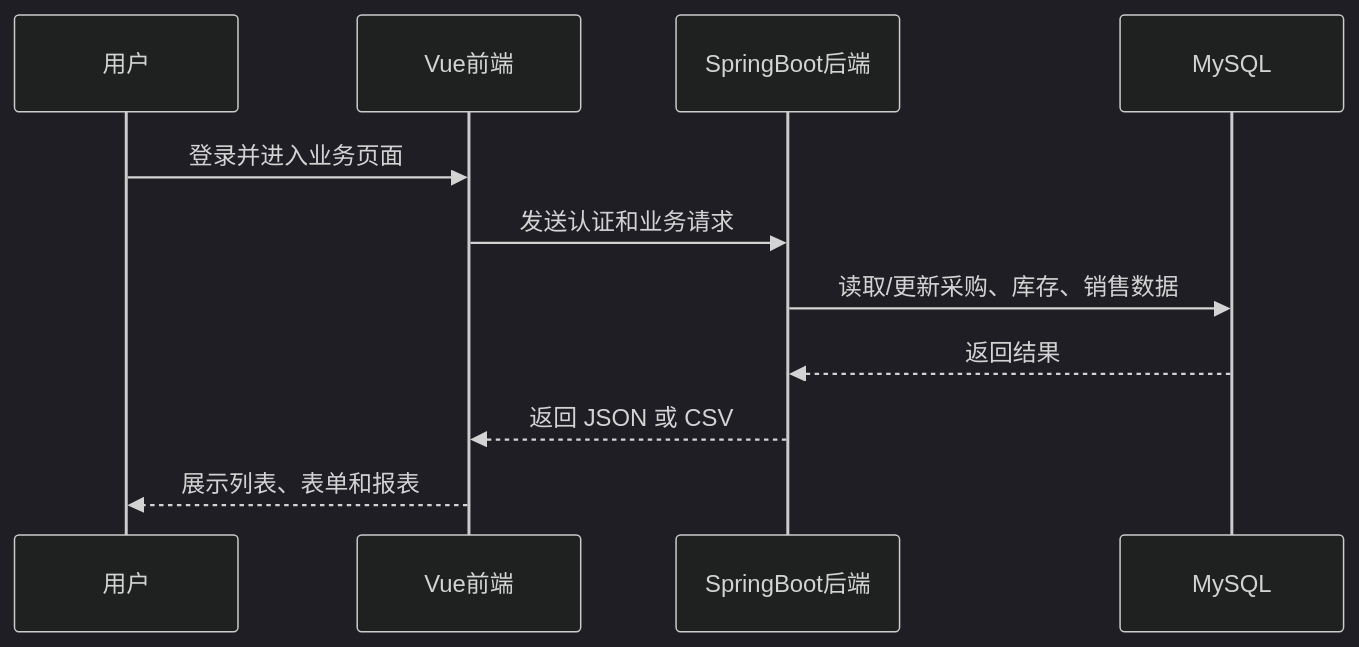
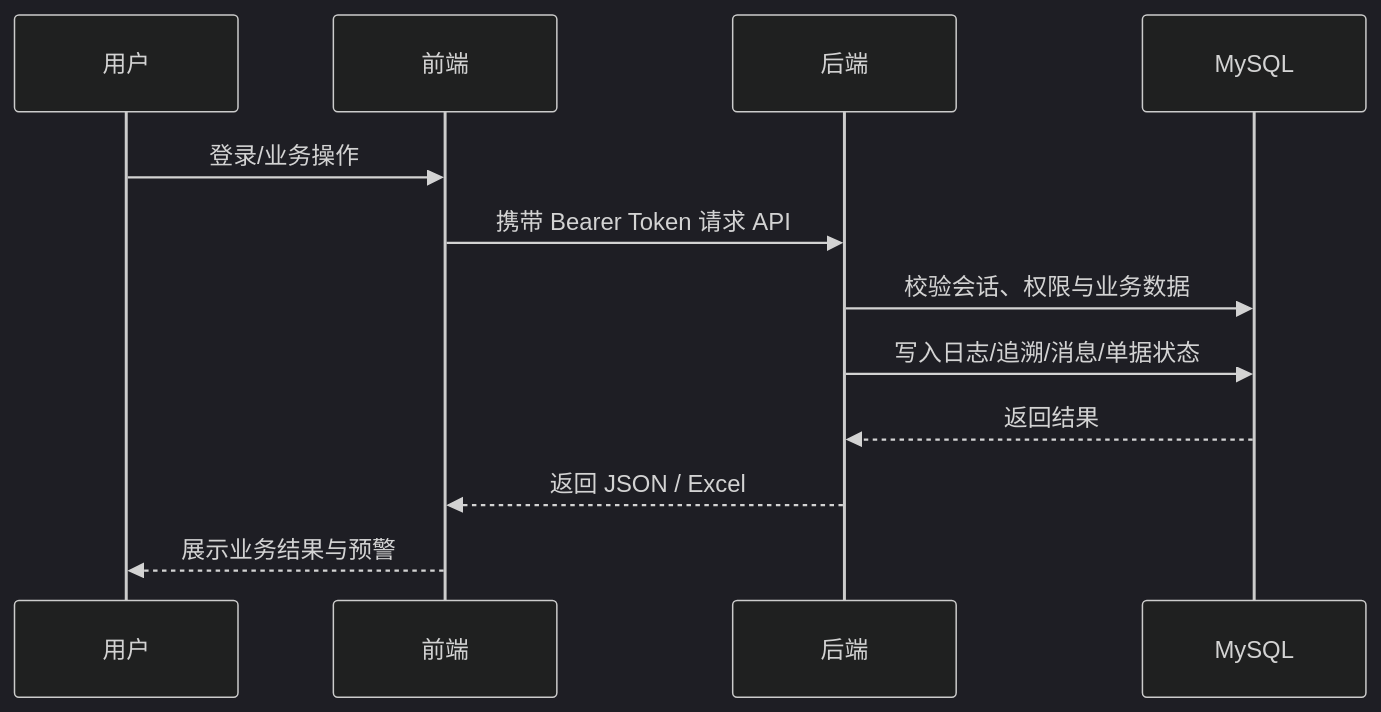
One commit to zcw199604/java-test changed the second of 2 diagrams in helloagents/wiki/arch.md. Above: the diagram before and after it, drawn with Mermaid (dark theme). The commit also changed other lines of this file and 52 other files, not shown here.

````diff
--- a/helloagents/wiki/arch.md
+++ b/helloagents/wiki/arch.md
@@ -27,13 +31,14 @@
 ```mermaid
 sequenceDiagram
     participant U as 用户
-    participant F as Vue前端
-    participant B as SpringBoot后端
+    participant F as 前端
+    participant B as 后端
     participant DB as MySQL
-    U->>F: 登录并进入业务页面
-    F->>B: 发送认证和业务请求
-    B->>DB: 读取/更新采购、库存、销售数据
+    U->>F: 登录/业务操作
+    F->>B: 携带 Bearer Token 请求 API
+    B->>DB: 校验会话、权限与业务数据
+    B->>DB: 写入日志/追溯/消息/单据状态
     DB-->>B: 返回结果
-    B-->>F: 返回 JSON 或 CSV
-    F-->>U: 展示列表、表单和报表
+    B-->>F: 返回 JSON / Excel
+    F-->>U: 展示业务结果与预警
 ```
````
